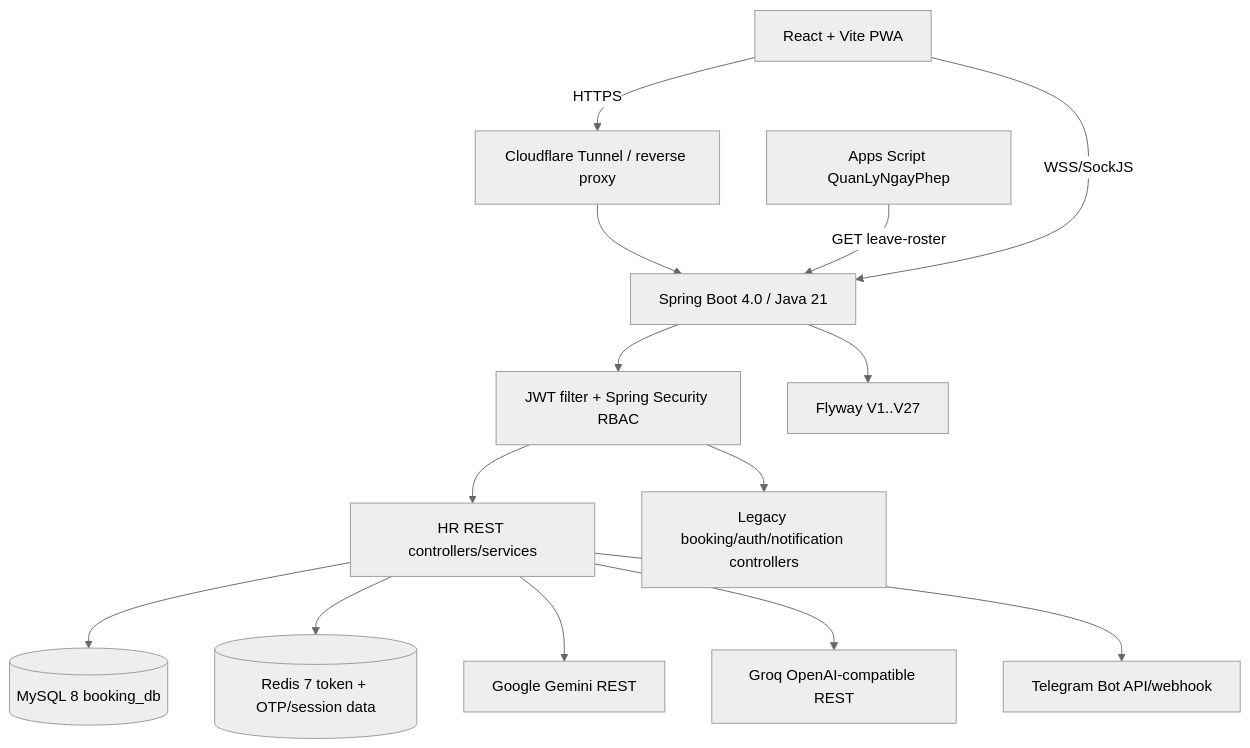
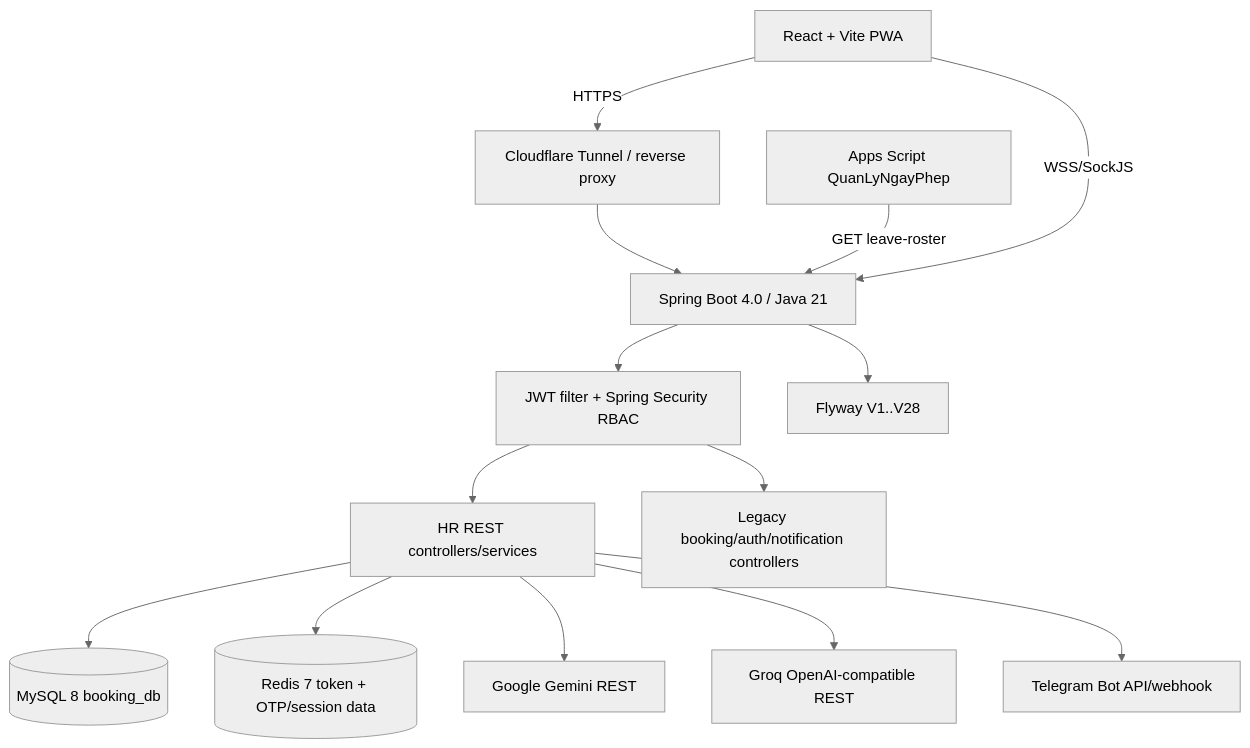
The diagram in documents/PROJECT_MASTER_CONTEXT.md (ThuanNgcodelor/CFCBase), drawn with Mermaid (neutral theme) before and after one commit. The commit also changed other lines of this file and 26 other files, not shown here.

````diff
--- a/documents/PROJECT_MASTER_CONTEXT.md
+++ b/documents/PROJECT_MASTER_CONTEXT.md
@@ -25,16 +25,16 @@
 ```mermaid
 flowchart TB
     Browser[React + Vite PWA] -->|HTTPS| Tunnel[Cloudflare Tunnel / reverse proxy]
     Tunnel --> Backend[Spring Boot 4.0 / Java 21]
     Backend --> Security[JWT filter + Spring Security RBAC]
     Security --> HR[HR REST controllers/services]
     Security --> Legacy[Legacy booking/auth/notification controllers]
     HR --> MySQL[(MySQL 8 booking_db)]
     HR --> Redis[(Redis 7 token + OTP/session data)]
-    Backend --> Flyway[Flyway V1..V27]
+    Backend --> Flyway[Flyway V1..V28]
     HR --> Gemini[Google Gemini REST]
     HR --> Groq[Groq OpenAI-compatible REST]
     HR --> Telegram[Telegram Bot API/webhook]
     AppScript[Apps Script QuanLyNgayPhep] -->|GET leave-roster| Backend
     Browser -->|WSS/SockJS| Backend
 ```
````
